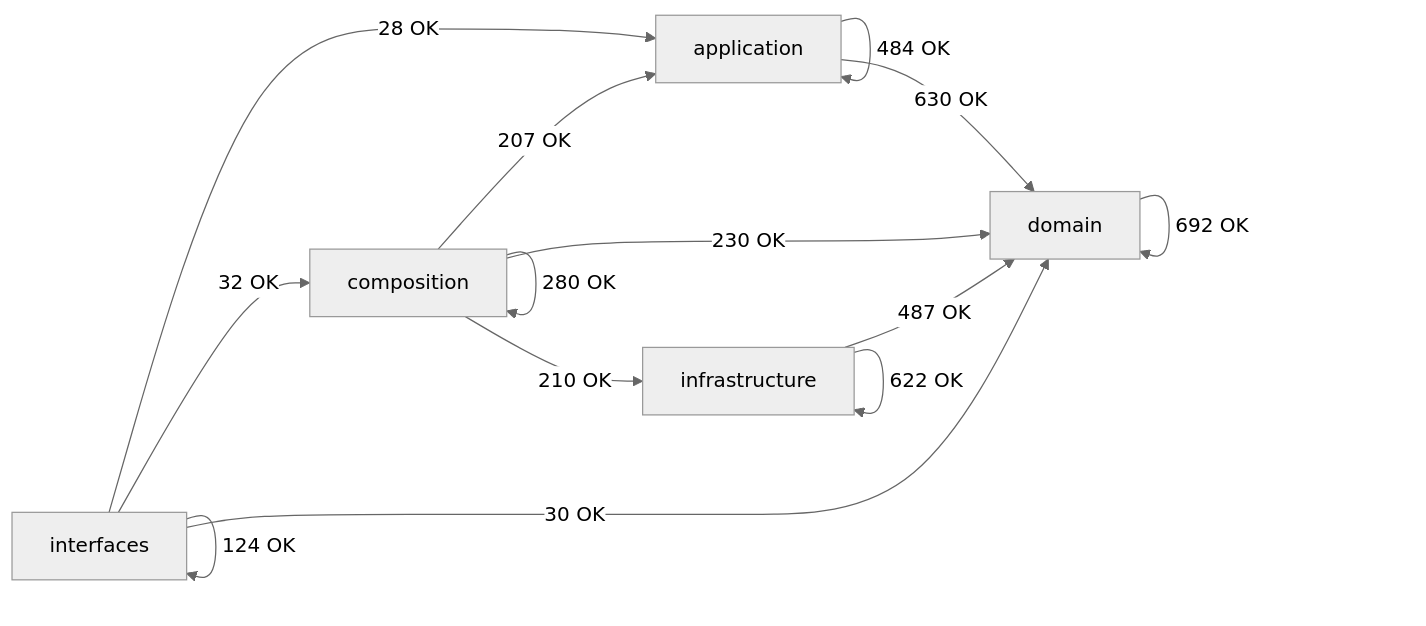
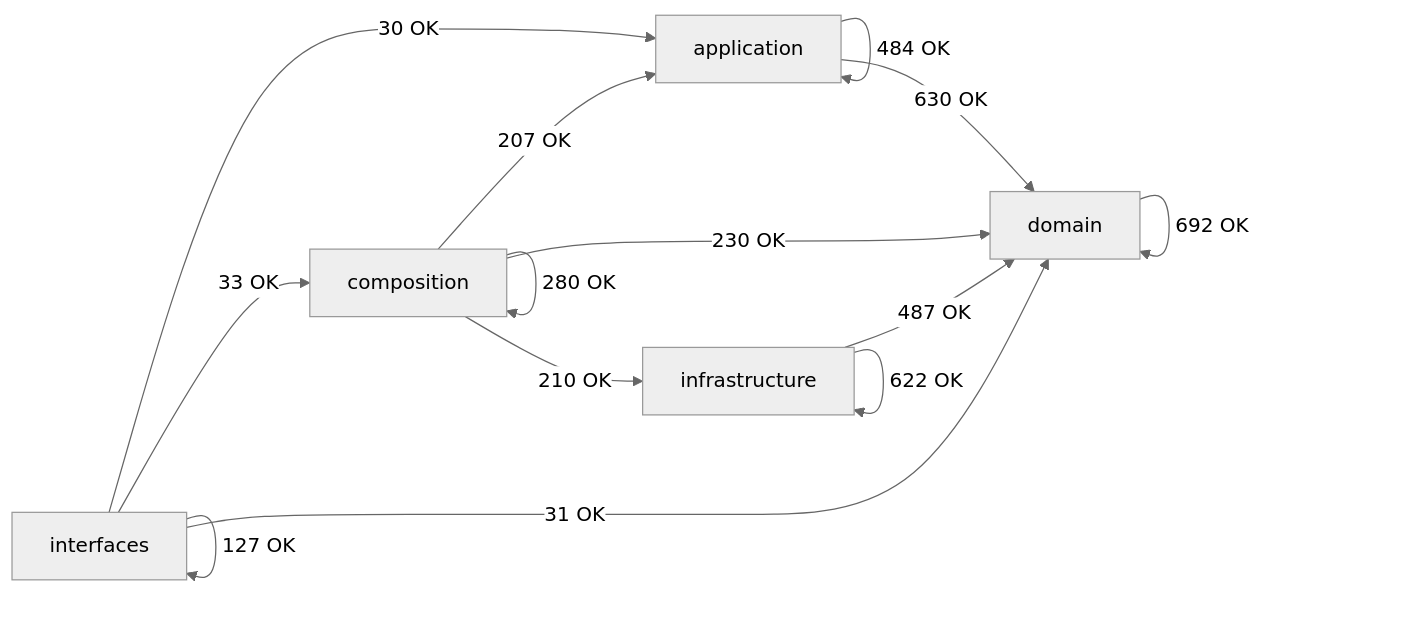
The diagram in docs/02-architecture/generated/module-dependency-map.md (SatoryKono/BioactivityDataAcquisition), drawn with Mermaid (neutral theme) before and after one commit. The commit also changed other lines of this file and 16 other files, not shown here.

First line of the commit message:
Extract run_all CLI flow into policy module

````diff
--- a/docs/02-architecture/generated/module-dependency-map.md
+++ b/docs/02-architecture/generated/module-dependency-map.md
@@ -16,21 +16,21 @@
 ```mermaid
 flowchart LR
     domain[domain]
     application[application]
     infrastructure[infrastructure]
     composition[composition]
     interfaces[interfaces]
     application -->|484 OK| application
     application -->|630 OK| domain
     composition -->|207 OK| application
     composition -->|280 OK| composition
     composition -->|230 OK| domain
     composition -->|210 OK| infrastructure
     domain -->|692 OK| domain
     infrastructure -->|487 OK| domain
     infrastructure -->|622 OK| infrastructure
-    interfaces -->|28 OK| application
-    interfaces -->|32 OK| composition
-    interfaces -->|30 OK| domain
-    interfaces -->|124 OK| interfaces
+    interfaces -->|30 OK| application
+    interfaces -->|33 OK| composition
+    interfaces -->|31 OK| domain
+    interfaces -->|127 OK| interfaces
 ```
````
